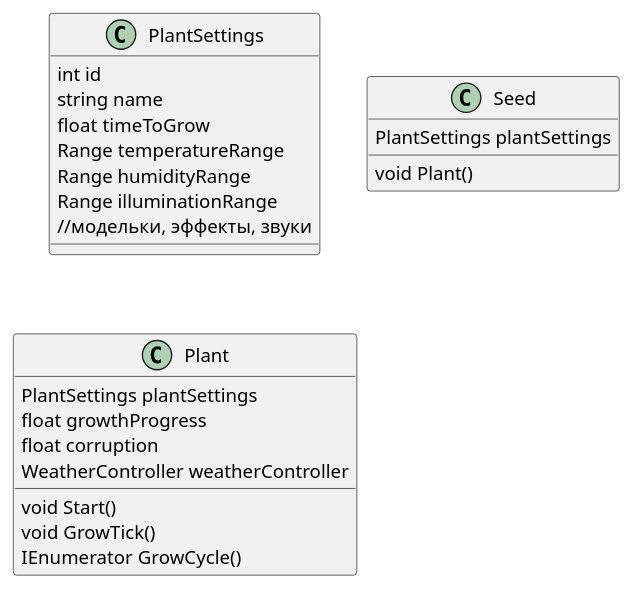
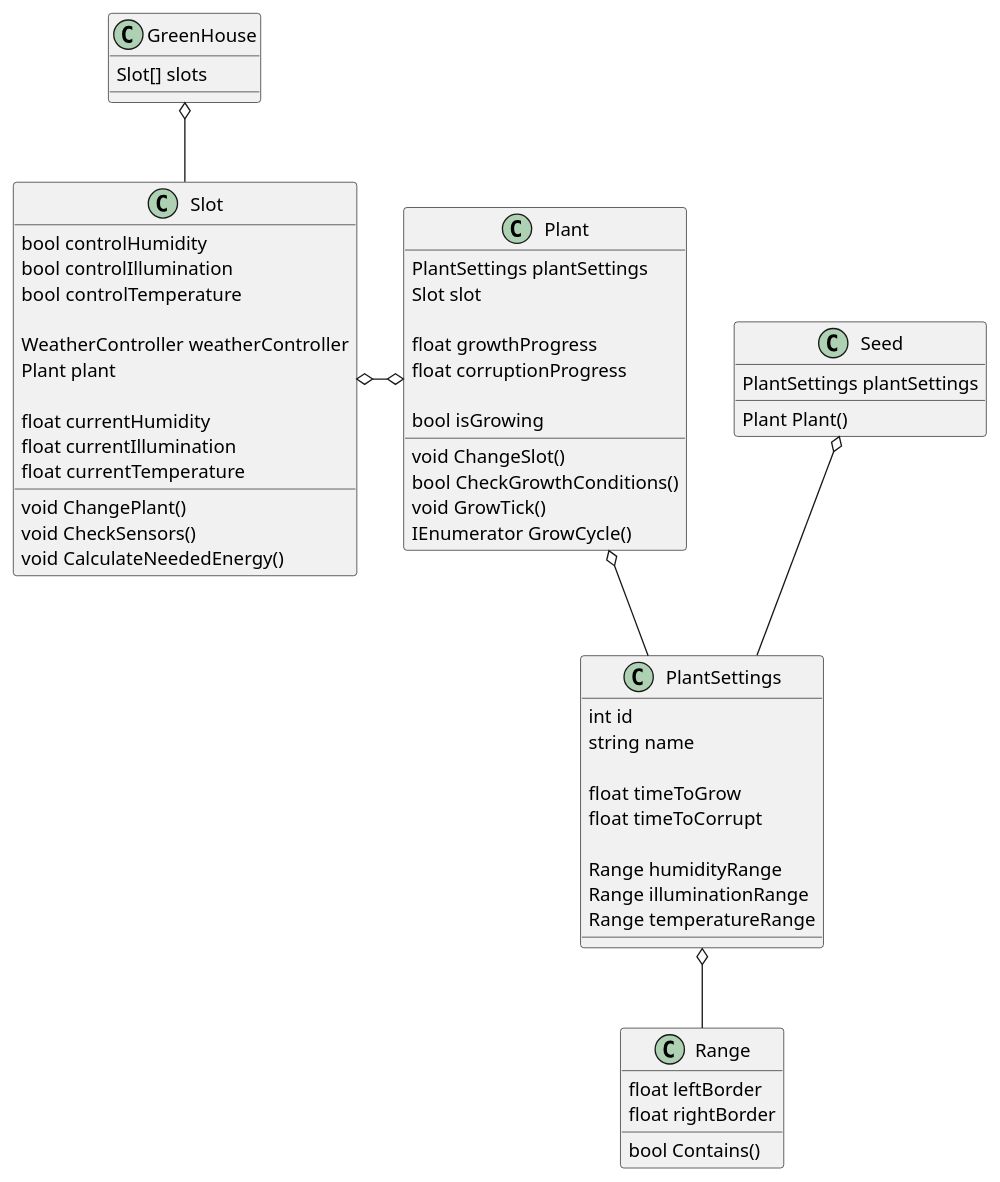
Before and after one commit to unknownMusician/Biosearcher: the diagram in Assets/Resources/Scripts/Plants/Diagramm.puml, drawn with PlantUML. The commit also changed 19 other files, not shown here.

Commit message:
plant takes weather parameters from slot pt. 2

```diff
--- a/Assets/Resources/Scripts/Plants/Diagramm.puml
+++ b/Assets/Resources/Scripts/Plants/Diagramm.puml
@@ -1,30 +1,71 @@
 @startuml
 
 class PlantSettings
 {
     int id
     string name
+    
     float timeToGrow
-    Range temperatureRange
+    float timeToCorrupt
+    
     Range humidityRange
     Range illuminationRange
-    //модельки, эффекты, звуки
+    Range temperatureRange
 }
 class Seed
 {
     PlantSettings plantSettings
-    void Plant()
+    
+    Plant Plant()
 }
 class Plant
 {
     PlantSettings plantSettings
+    Slot slot
+    
     float growthProgress
-    float corruption
-    WeatherController weatherController
+    float corruptionProgress
     
-    void Start()
+    bool isGrowing
+    
+    void ChangeSlot()
+    bool CheckGrowthConditions()
     void GrowTick()
     IEnumerator GrowCycle()
 }
+class Range
+{
+    float leftBorder
+    float rightBorder
+    
+    bool Contains()
+}
+class Slot
+{
+    bool controlHumidity
+    bool controlIllumination
+    bool controlTemperature
+
+    WeatherController weatherController
+    Plant plant
+
+    float currentHumidity
+    float currentIllumination
+    float currentTemperature
+    
+    void ChangePlant()
+    void CheckSensors()
+    void CalculateNeededEnergy()
+}
+class GreenHouse
+{
+    Slot[] slots
+}
+
+Seed o-- PlantSettings
+Plant o-- PlantSettings
+PlantSettings o-- Range
+Slot o-o Plant
+GreenHouse o-- Slot
 
 @enduml
```
